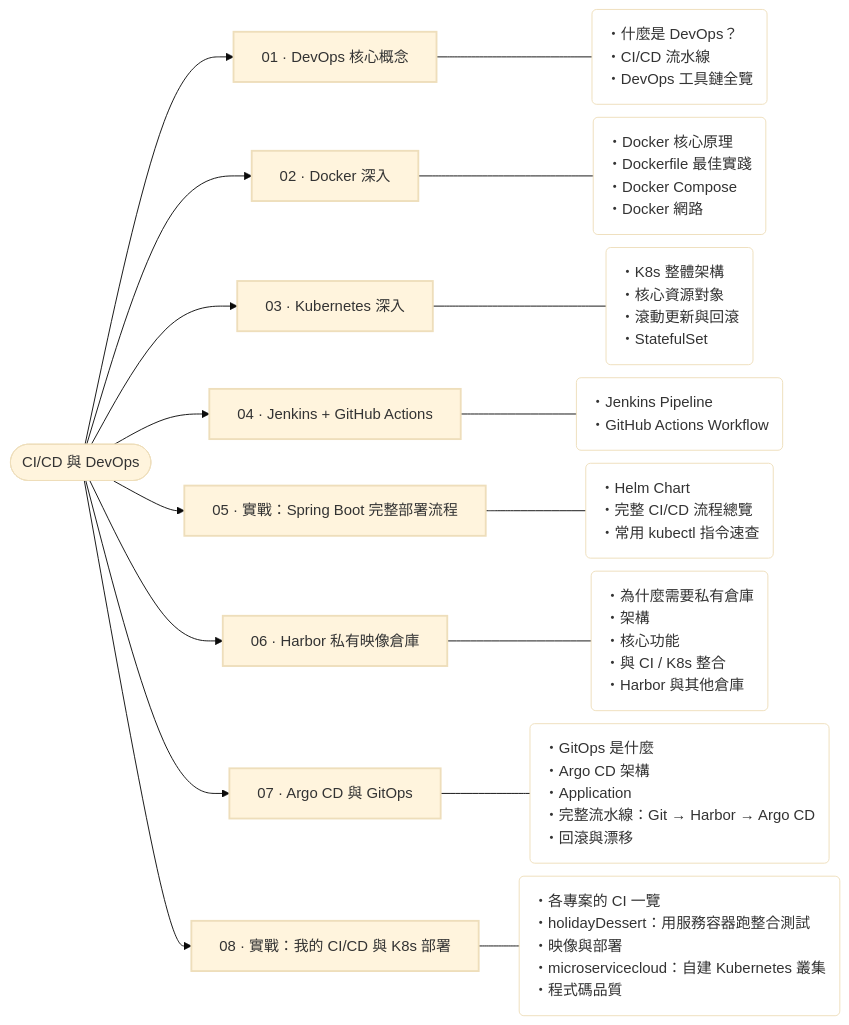
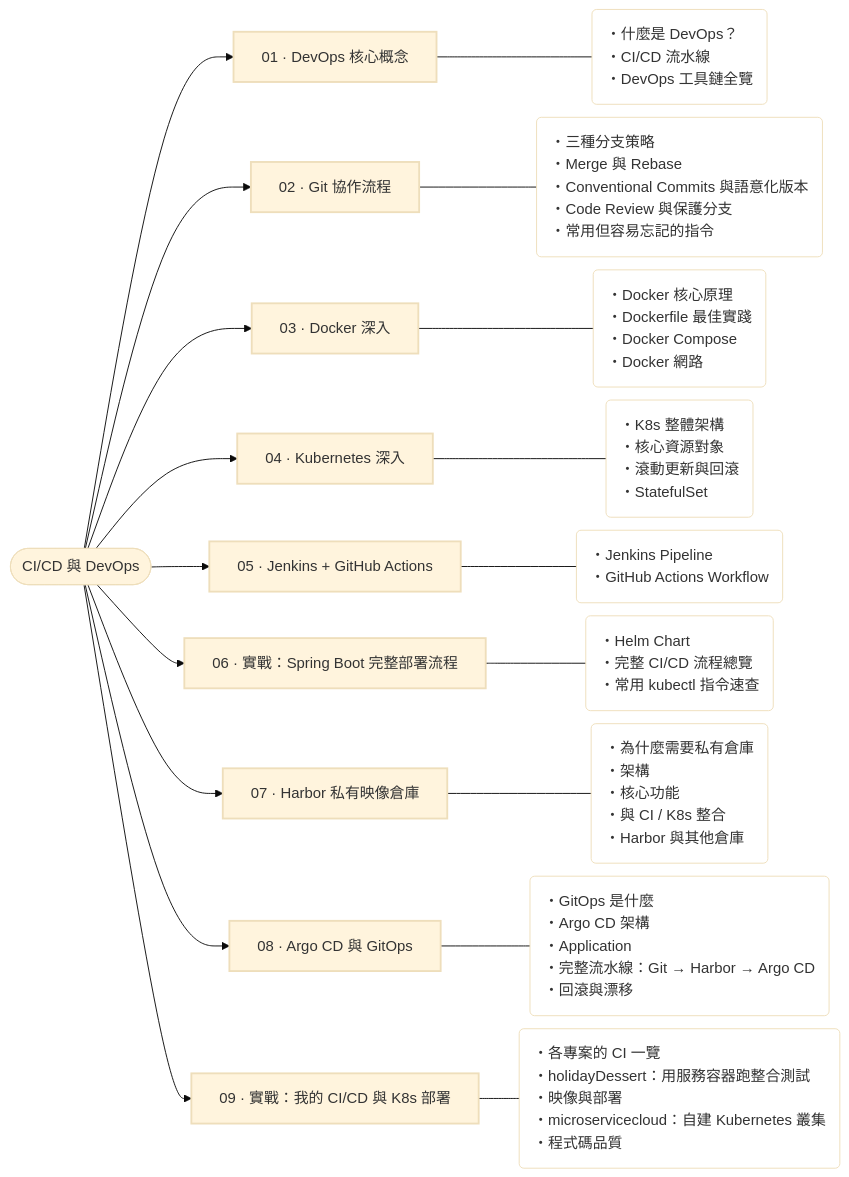
The diagram in docs/engineering/cicd/index.md (AnthonyFuFu/StudyNotes), drawn with Mermaid (base theme) before and after one commit. The commit also changed other lines of this file and 93 other files, not shown here.

First line of the commit message:
fix: add DDD git-workflow

````diff
--- a/docs/engineering/cicd/index.md
+++ b/docs/engineering/cicd/index.md
@@ -13,41 +13,45 @@
 ``` mermaid
 %%{init: {"flowchart": {"nodeSpacing": 14, "rankSpacing": 36, "wrappingWidth": 420}}}%%
 flowchart LR
     R(["CI/CD 與 DevOps"])
     c0["01 · DevOps 核心概念"]
     R --> c0
     p0("・什麼是 DevOps？<br>・CI/CD 流水線<br>・DevOps 工具鏈全覽")
     c0 --- p0
-    c1["02 · Docker 深入"]
+    c1["02 · Git 協作流程"]
     R --> c1
-    p1("・Docker 核心原理<br>・Dockerfile 最佳實踐<br>・Docker Compose<br>・Docker 網路")
+    p1("・三種分支策略<br>・Merge 與 Rebase<br>・Conventional Commits 與語意化版本<br>・Code Review 與保護分支<br>・常用但容易忘記的指令")
     c1 --- p1
-    c2["03 · Kubernetes 深入"]
+    c2["03 · Docker 深入"]
     R --> c2
-    p2("・K8s 整體架構<br>・核心資源對象<br>・滾動更新與回滾<br>・StatefulSet")
+    p2("・Docker 核心原理<br>・Dockerfile 最佳實踐<br>・Docker Compose<br>・Docker 網路")
     c2 --- p2
-    c3["04 · Jenkins + GitHub Actions"]
+    c3["04 · Kubernetes 深入"]
     R --> c3
-    p3("・Jenkins Pipeline<br>・GitHub Actions Workflow")
+    p3("・K8s 整體架構<br>・核心資源對象<br>・滾動更新與回滾<br>・StatefulSet")
     c3 --- p3
-    c4["05 · 實戰：Spring Boot 完整部署流程"]
+    c4["05 · Jenkins + GitHub Actions"]
     R --> c4
-    p4("・Helm Chart<br>・完整 CI/CD 流程總覽<br>・常用 kubectl 指令速查")
+    p4("・Jenkins Pipeline<br>・GitHub Actions Workflow")
     c4 --- p4
-    c5["06 · Harbor 私有映像倉庫"]
+    c5["06 · 實戰：Spring Boot 完整部署流程"]
     R --> c5
-    p5("・為什麼需要私有倉庫<br>・架構<br>・核心功能<br>・與 CI / K8s 整合<br>・Harbor 與其他倉庫")
+    p5("・Helm Chart<br>・完整 CI/CD 流程總覽<br>・常用 kubectl 指令速查")
     c5 --- p5
-    c6["07 · Argo CD 與 GitOps"]
+    c6["07 · Harbor 私有映像倉庫"]
     R --> c6
-    p6("・GitOps 是什麼<br>・Argo CD 架構<br>・Application<br>・完整流水線：Git → Harbor → Argo CD<br>・回滾與漂移")
+    p6("・為什麼需要私有倉庫<br>・架構<br>・核心功能<br>・與 CI / K8s 整合<br>・Harbor 與其他倉庫")
     c6 --- p6
-    c7["08 · 實戰：我的 CI/CD 與 K8s 部署"]
+    c7["08 · Argo CD 與 GitOps"]
     R --> c7
-    p7("・各專案的 CI 一覽<br>・holidayDessert：用服務容器跑整合測試<br>・映像與部署<br>・microservicecloud：自建 Kubernetes 叢集<br>・程式碼品質")
+    p7("・GitOps 是什麼<br>・Argo CD 架構<br>・Application<br>・完整流水線：Git → Harbor → Argo CD<br>・回滾與漂移")
     c7 --- p7
+    c8["09 · 實戰：我的 CI/CD 與 K8s 部署"]
+    R --> c8
+    p8("・各專案的 CI 一覽<br>・holidayDessert：用服務容器跑整合測試<br>・映像與部署<br>・microservicecloud：自建 Kubernetes 叢集<br>・程式碼品質")
+    c8 --- p8
     classDef chapter stroke-width:2px
     classDef points fill:transparent,text-align:left
-    class c0,c1,c2,c3,c4,c5,c6,c7 chapter
-    class p0,p1,p2,p3,p4,p5,p6,p7 points
+    class c0,c1,c2,c3,c4,c5,c6,c7,c8 chapter
+    class p0,p1,p2,p3,p4,p5,p6,p7,p8 points
 ```
````
